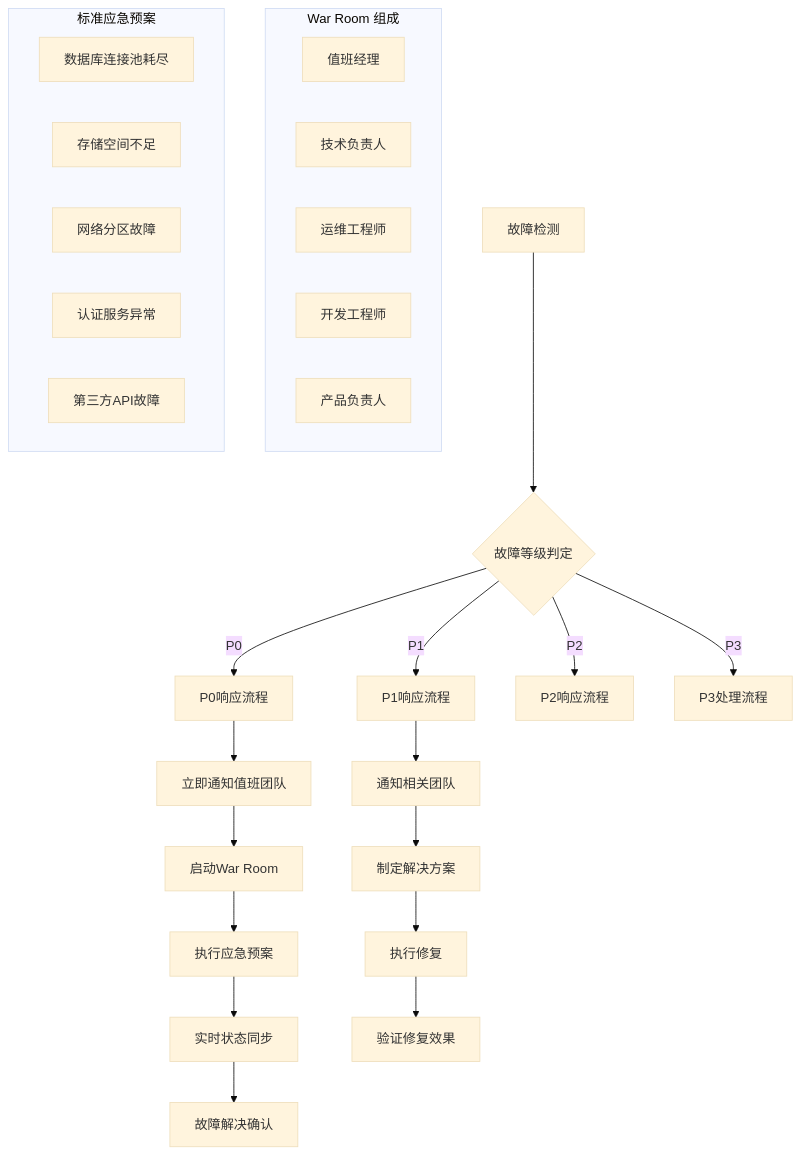
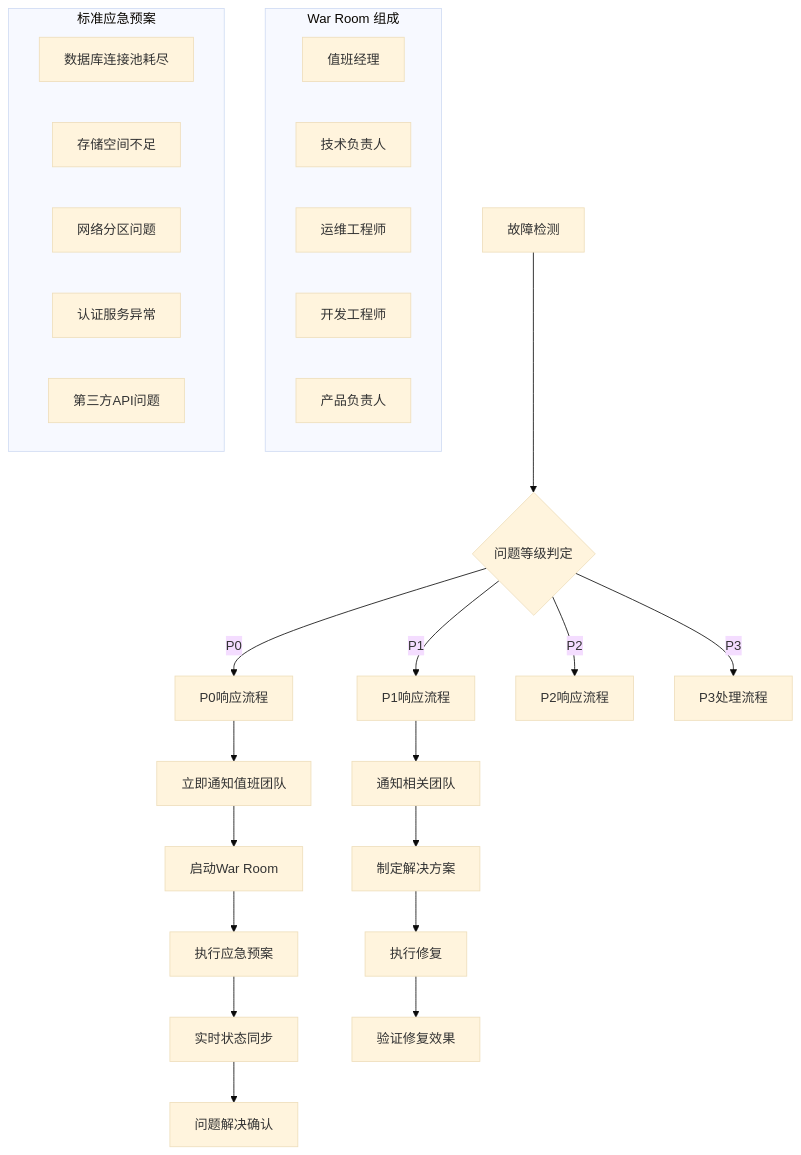
The first of 3 diagrams in domain-17-system-foundation/topic-dictionary/operations/enterprise-ops-practices.md (kudig-io/kudig-database), drawn with Mermaid (base theme) before and after one commit. The commit also changed other lines of this file and 1236 other files, not shown here.

````diff
--- a/domain-17-system-foundation/topic-dictionary/operations/enterprise-ops-practices.md
+++ b/domain-17-system-foundation/topic-dictionary/operations/enterprise-ops-practices.md
@@ -724,35 +724,35 @@
 ```mermaid
 graph TD
-    A[故障检测] --> B{故障等级判定}
+    A[故障检测] --> B{问题等级判定}
     B -->|P0| C[P0响应流程]
     B -->|P1| D[P1响应流程]
     B -->|P2| E[P2响应流程]
     B -->|P3| F[P3处理流程]
     
     C --> G[立即通知值班团队]
     G --> H[启动War Room]
     H --> I[执行应急预案]
     I --> J[实时状态同步]
-    J --> K[故障解决确认]
+    J --> K[问题解决确认]
     
     D --> L[通知相关团队]
     L --> M[制定解决方案]
     M --> N[执行修复]
     N --> O[验证修复效果]
     
     subgraph WarRoom["War Room 组成"]
         WR1[值班经理]
         WR2[技术负责人]
         WR3[运维工程师]
         WR4[开发工程师]
         WR5[产品负责人]
     end
     
     subgraph 应急预案["标准应急预案"]
         EP1[数据库连接池耗尽]
         EP2[存储空间不足]
-        EP3[网络分区故障]
+        EP3[网络分区问题]
         EP4[认证服务异常]
-        EP5[第三方API故障]
+        EP5[第三方API问题]
     end
 ```
````
